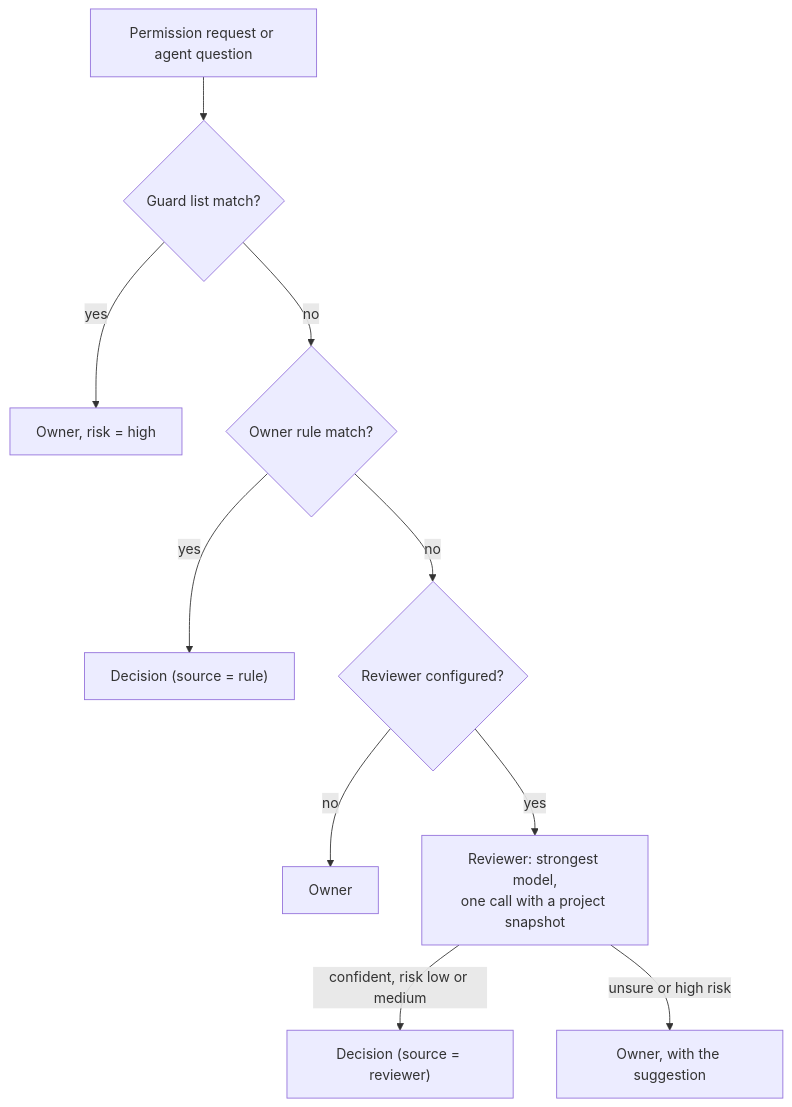
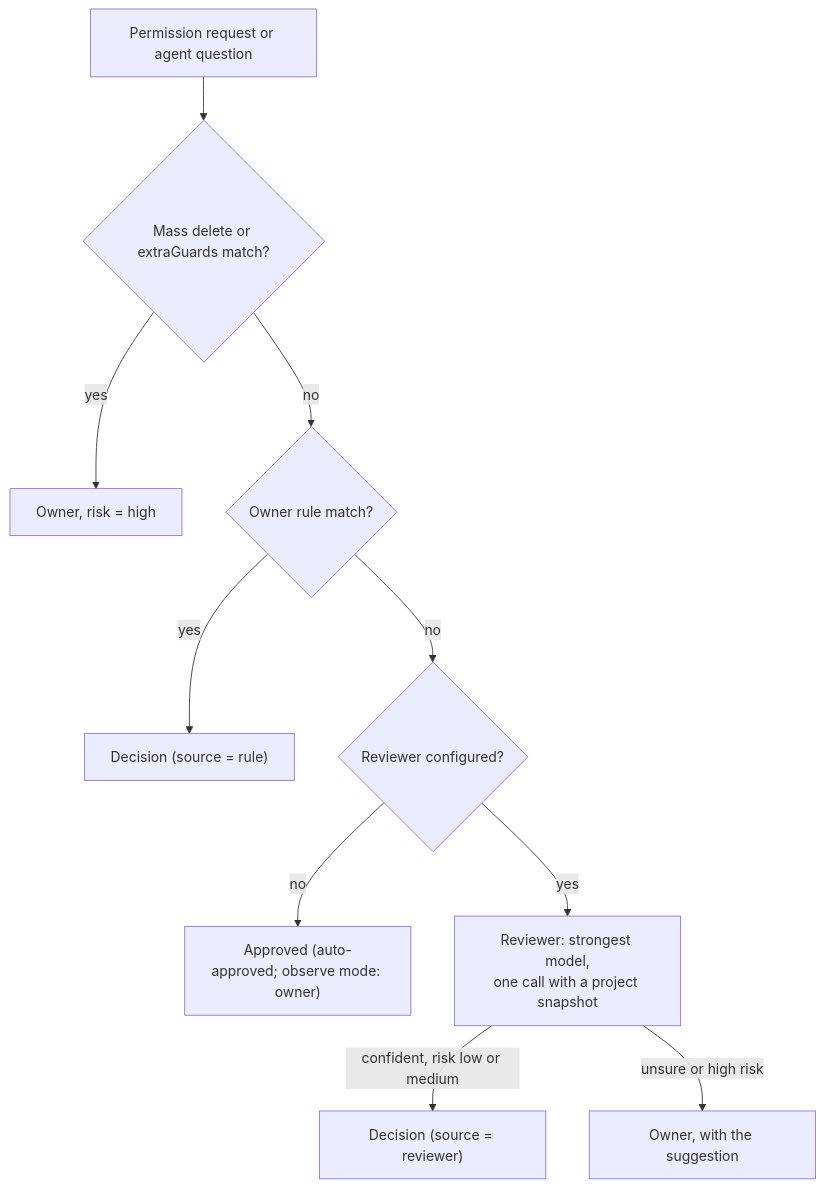
One commit to Dopetaiga/AgentHerd changed the second of 2 diagrams in docs/spec/04-herder.md. Above: the diagram before and after it, drawn with Mermaid. The commit also changed other lines of this file and 12 other files, not shown here.

Commit message:
feat: only a mass delete asks the owner; AgentHerd approves everything else (ADR 0029)

````diff
--- a/docs/spec/04-herder.md
+++ b/docs/spec/04-herder.md
@@ -197,12 +197,12 @@
 ```mermaid
 flowchart TD
-  E["Permission request or agent question"] --> G{"Guard list match?"}
+  E["Permission request or agent question"] --> G{"Mass delete or extraGuards match?"}
   G -- yes --> O["Owner, risk = high"]
   G -- no --> R{"Owner rule match?"}
   R -- yes --> D["Decision (source = rule)"]
   R -- no --> RV{"Reviewer configured?"}
-  RV -- no --> O2["Owner"]
+  RV -- no --> O2["Approved (auto-approved; observe mode: owner)"]
   RV -- yes --> M["Reviewer: strongest model,<br/>one call with a project snapshot"]
   M -- "confident, risk low or medium" --> D2["Decision (source = reviewer)"]
   M -- "unsure or high risk" --> O3["Owner, with the suggestion"]
 ```
````
